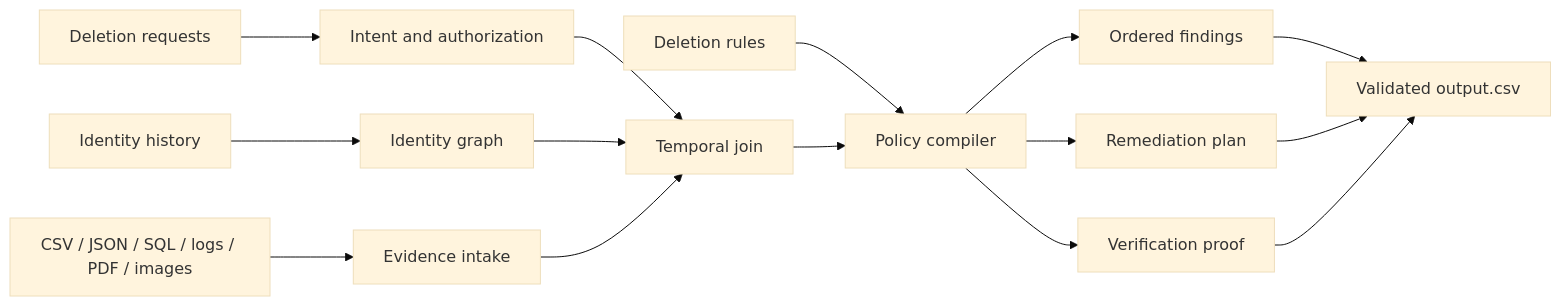
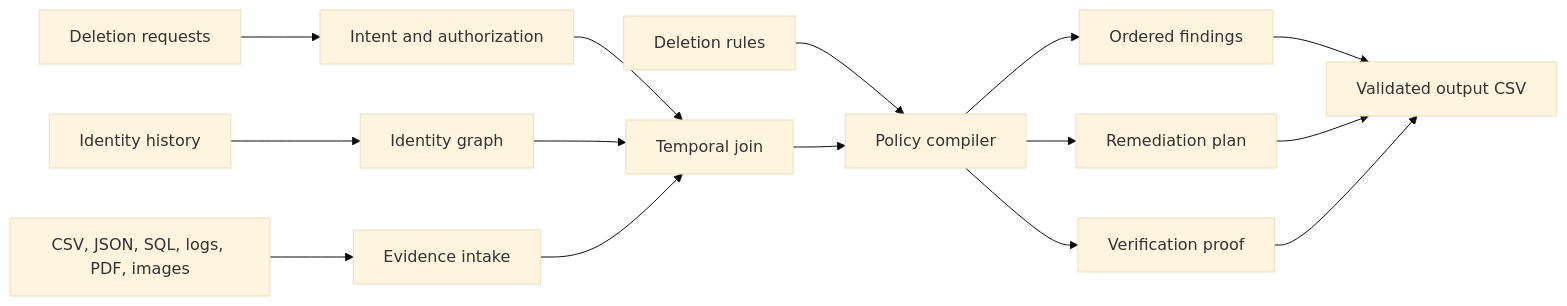
One commit to tanaygt/ghosttrace-deletion-audit changed the diagram in README.md. Above: the diagram before and after it, drawn with Mermaid (base theme). The commit also changed other lines of this file, not shown here.

Commit message:
Fix GitHub Mermaid architecture diagram

````diff
--- a/README.md
+++ b/README.md
@@ -24,17 +24,17 @@
 ```mermaid
-flowchart LR
-    A[Deletion requests] --> B[Intent and authorization]
-    I[Identity history] --> C[Identity graph]
-    E[CSV / JSON / SQL / logs / PDF / images] --> D[Evidence intake]
-    B --> F[Temporal join]
+graph LR
+    A["Deletion requests"] --> B["Intent and authorization"]
+    I["Identity history"] --> C["Identity graph"]
+    E["CSV, JSON, SQL, logs, PDF, images"] --> D["Evidence intake"]
+    B --> F["Temporal join"]
     C --> F
     D --> F
-    R[Deletion rules] --> G[Policy compiler]
+    R["Deletion rules"] --> G["Policy compiler"]
     F --> G
-    G --> H[Ordered findings]
-    G --> J[Remediation plan]
-    G --> K[Verification proof]
-    H --> L[Validated output.csv]
+    G --> H["Ordered findings"]
+    G --> J["Remediation plan"]
+    G --> K["Verification proof"]
+    H --> L["Validated output CSV"]
     J --> L
     K --> L
 ```
````
